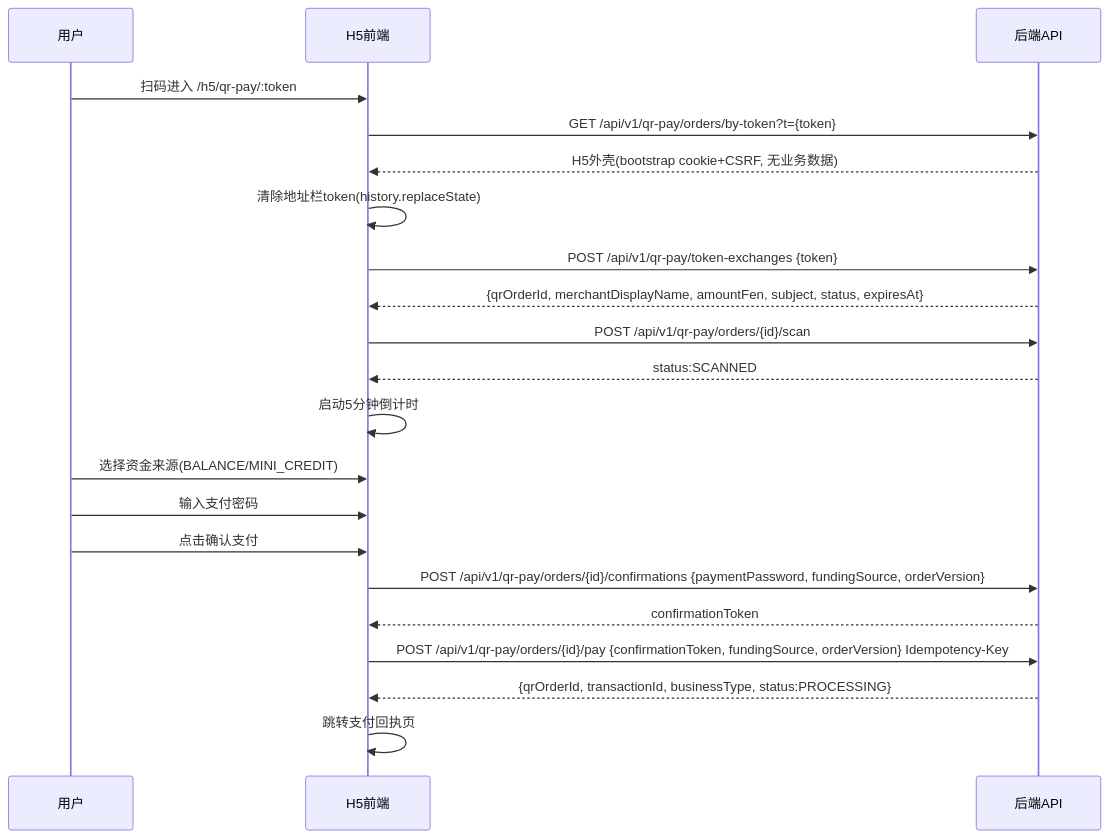
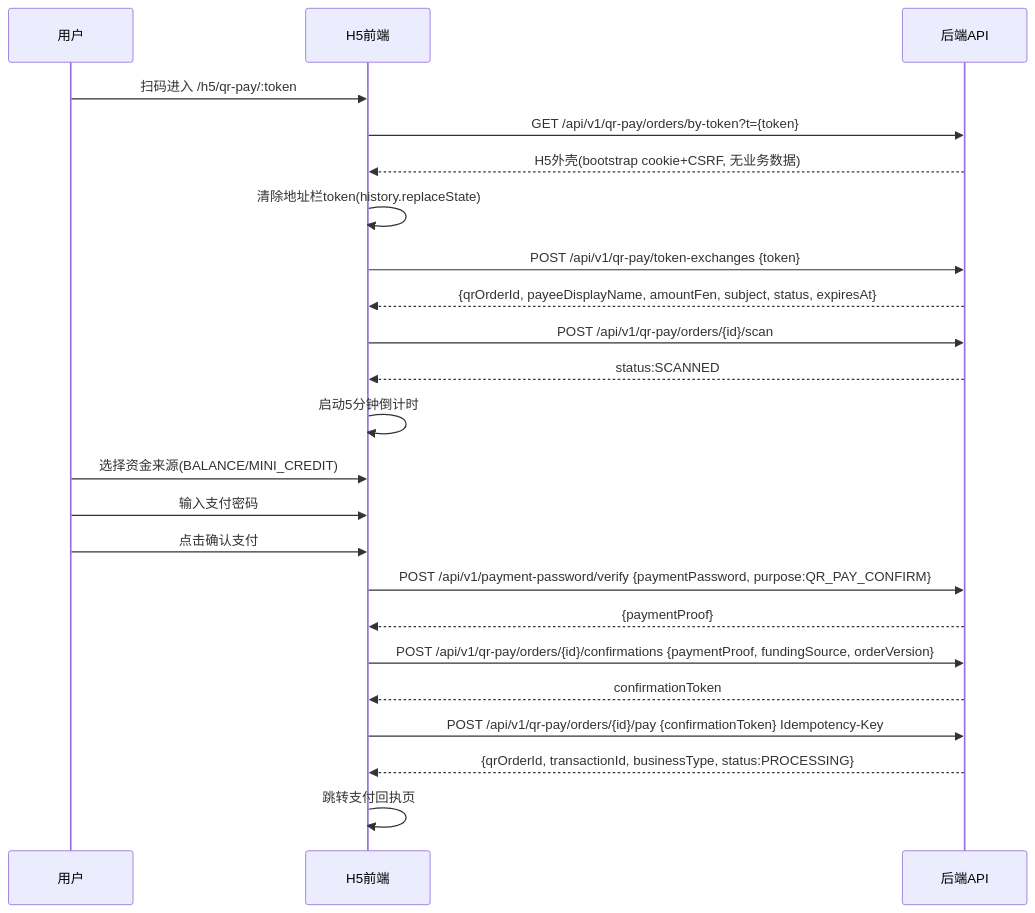
Before and after one commit to JN6565/MiniAlalipay: diagram 11 of 36 in docs/minialalipay/miniaialipay -frontend-system-analysis.md, drawn with Mermaid. The commit also changed other lines of this file and 5 other files, not shown here.

````diff
--- a/docs/minialalipay/miniaialipay -frontend-system-analysis.md
+++ b/docs/minialalipay/miniaialipay -frontend-system-analysis.md
@@ -956,24 +978,26 @@
 ```mermaid
 sequenceDiagram
     participant U as 用户
     participant H5 as H5前端
     participant API as 后端API
 
     U->>H5: 扫码进入 /h5/qr-pay/:token
     H5->>API: GET /api/v1/qr-pay/orders/by-token?t={token}
     API-->>H5: H5外壳(bootstrap cookie+CSRF, 无业务数据)
     H5->>H5: 清除地址栏token(history.replaceState)
     H5->>API: POST /api/v1/qr-pay/token-exchanges {token}
-    API-->>H5: {qrOrderId, merchantDisplayName, amountFen, subject, status, expiresAt}
+    API-->>H5: {qrOrderId, payeeDisplayName, amountFen, subject, status, expiresAt}
     H5->>API: POST /api/v1/qr-pay/orders/{id}/scan
     API-->>H5: status:SCANNED
     H5->>H5: 启动5分钟倒计时
     U->>H5: 选择资金来源(BALANCE/MINI_CREDIT)
     U->>H5: 输入支付密码
     U->>H5: 点击确认支付
-    H5->>API: POST /api/v1/qr-pay/orders/{id}/confirmations {paymentPassword, fundingSource, orderVersion}
+    H5->>API: POST /api/v1/payment-password/verify {paymentPassword, purpose:QR_PAY_CONFIRM}
+    API-->>H5: {paymentProof}
+    H5->>API: POST /api/v1/qr-pay/orders/{id}/confirmations {paymentProof, fundingSource, orderVersion}
     API-->>H5: confirmationToken
-    H5->>API: POST /api/v1/qr-pay/orders/{id}/pay {confirmationToken, fundingSource, orderVersion} Idempotency-Key
+    H5->>API: POST /api/v1/qr-pay/orders/{id}/pay {confirmationToken} Idempotency-Key
     API-->>H5: {qrOrderId, transactionId, businessType, status:PROCESSING}
     H5->>H5: 跳转支付回执页
 ```
````
